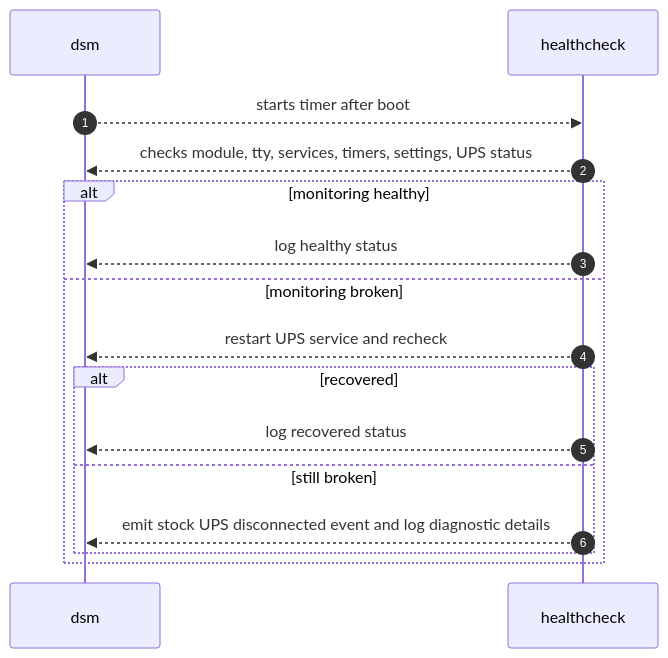
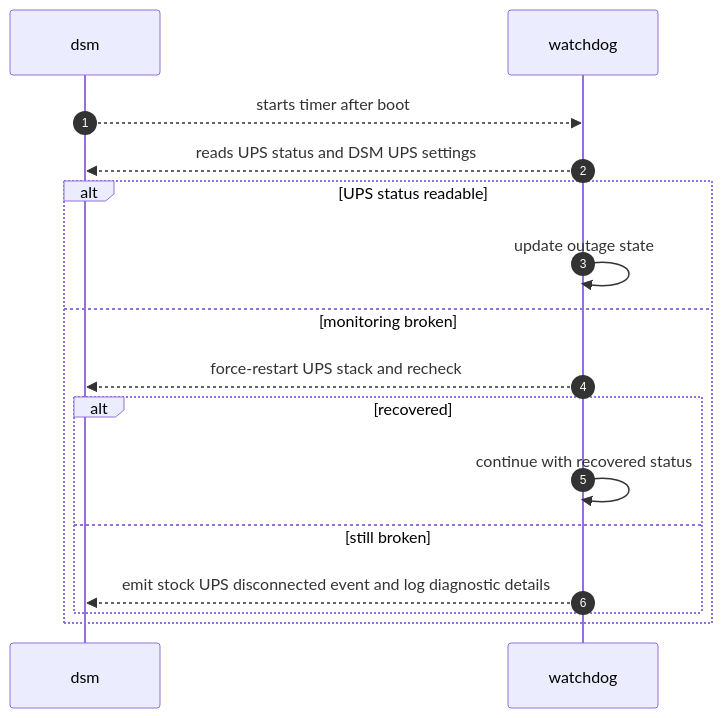
One commit to papa-vova/synology-nut-ch341-ups changed the second of 2 diagrams in README.md. Above: the diagram before and after it, drawn with Mermaid. The commit also changed other lines of this file and 5 other files, not shown here.

Commit message:
Make watchdog own UPS runtime monitoring

````diff
--- a/README.md
+++ b/README.md
@@ -103,19 +101,19 @@
 ```mermaid
 sequenceDiagram
   autonumber
   participant D as dsm
-  participant H as healthcheck
+  participant W as watchdog
 
-  D-->>H: starts timer after boot
-  H-->>D: checks module, tty, services, timers, settings, UPS status
-  alt monitoring healthy
-    H-->>D: log healthy status
+  D-->>W: starts timer after boot
+  W-->>D: reads UPS status and DSM UPS settings
+  alt UPS status readable
+    W->>W: update outage state
   else monitoring broken
-    H-->>D: restart UPS service and recheck
+    W-->>D: force-restart UPS stack and recheck
     alt recovered
-      H-->>D: log recovered status
+      W->>W: continue with recovered status
     else still broken
-      H-->>D: emit stock UPS disconnected event and log diagnostic details
+      W-->>D: emit stock UPS disconnected event and log diagnostic details
     end
   end
 ```
````
